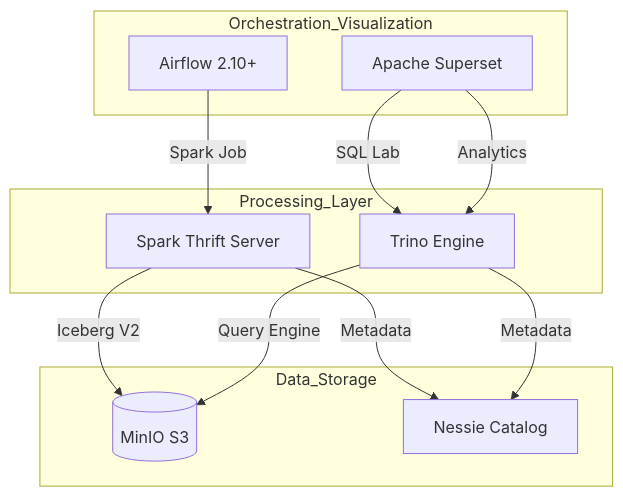
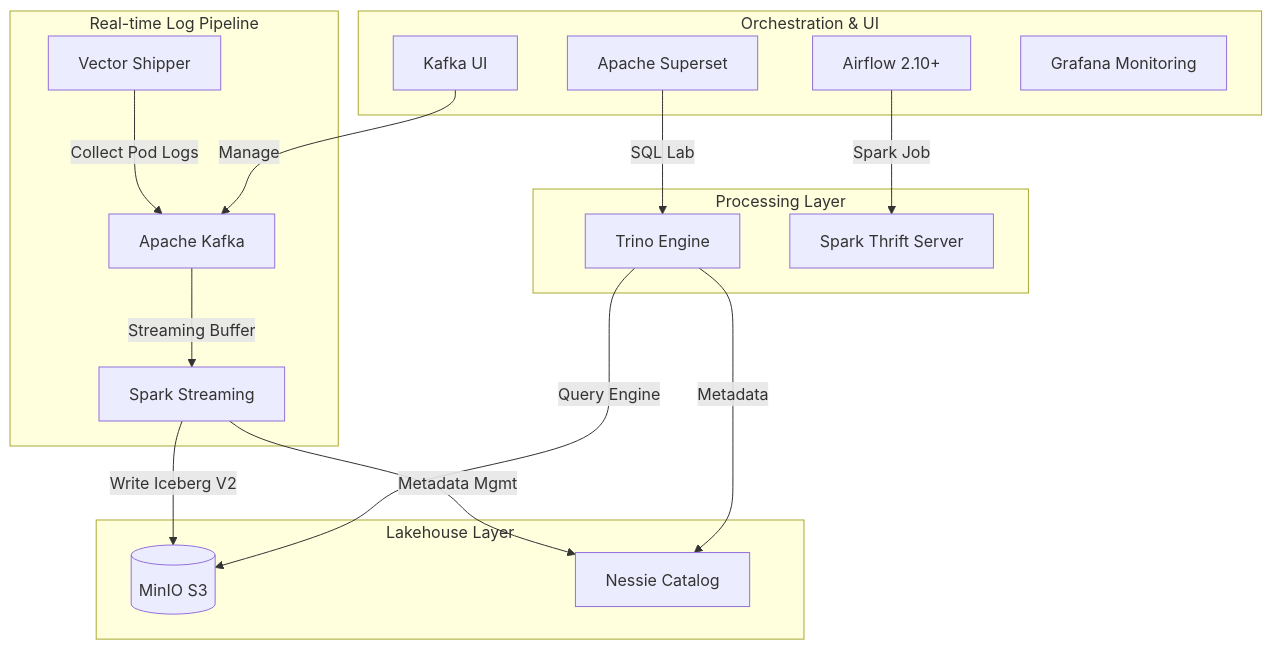
One commit to doooothat/etl-platform changed the diagram in overview.md. Above: the diagram before and after it, drawn with Mermaid. The commit also changed other lines of this file and 9 other files, not shown here.

Commit message:
feat: integrate real-time log collection pipeline with Vector and Apache Kafka

````diff
--- a/overview.md
+++ b/overview.md
@@ -9,27 +9,32 @@
 ```mermaid
 graph TD
-    subgraph Data_Storage
+    subgraph Log_Collection [Real-time Log Pipeline]
+        Vector[Vector Shipper] -- "Collect Pod Logs" --> Kafka[Apache Kafka]
+        Kafka -- "Streaming Buffer" --> Spark[Spark Streaming]
+    end
+
+    subgraph Data_Storage [Lakehouse Layer]
         MinIO[(MinIO S3)]
         Nessie[Nessie Catalog]
+        Spark -- "Write Iceberg V2" --> MinIO
+        Spark -- "Metadata Mgmt" --> Nessie
     end
 
-    subgraph Processing_Layer
-        Spark[Spark Thrift Server]
+    subgraph Analysis_Processing [Processing Layer]
         Trino[Trino Engine]
+        SparkThrift[Spark Thrift Server]
+        Trino -- "Query Engine" --> MinIO
+        Trino -- "Metadata" --> Nessie
     end
 
-    subgraph Orchestration_Visualization
+    subgraph UX_Orchestration [Orchestration & UI]
         Airflow[Airflow 2.10+]
         Superset[Apache Superset]
+        KafkaUI[Kafka UI]
+        Grafana[Grafana Monitoring]
+        
+        Airflow -- "Spark Job" --> SparkThrift
+        Superset -- "SQL Lab" --> Trino
+        KafkaUI -- "Manage" --> Kafka
     end
-
-    Airflow -- "Spark Job" --> Spark
-    Spark -- "Iceberg V2" --> MinIO
-    Spark -- "Metadata" --> Nessie
-    
-    Trino -- "Query Engine" --> MinIO
-    Trino -- "Metadata" --> Nessie
-    
-    Superset -- "SQL Lab" --> Trino
-    Superset -- "Analytics" --> Trino
 ```
````
